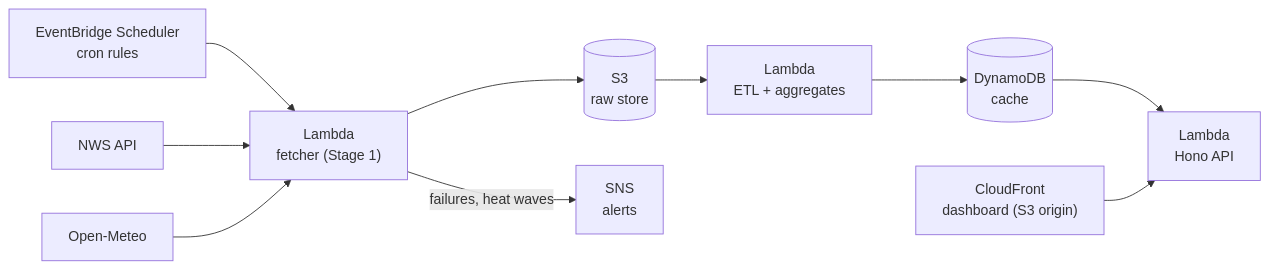
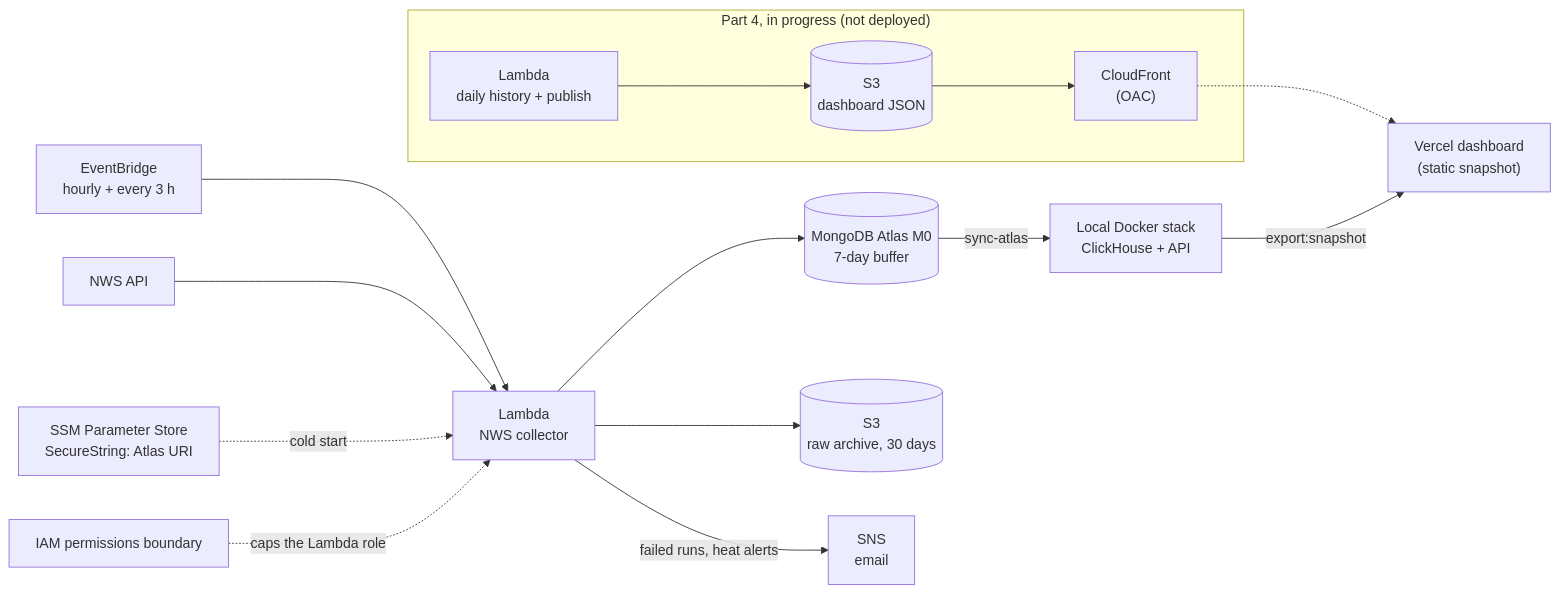
Before and after one commit to dangkhoa241/us-weather-pipeline: the second of 2 diagrams in README.md, drawn with Mermaid. The commit also changed other lines of this file and 3 other files, not shown here.

Commit message:
Docs: README and AWS docs match the deployed stack (Parts 1-3 live, Part 4 in progress)

````diff
--- a/README.md
+++ b/README.md
@@ -97,12 +98,16 @@
 ```mermaid
 flowchart LR
-  EB["EventBridge Scheduler<br/>cron rules"] --> L["Lambda<br/>fetcher (Stage 1)"]
+  EB["EventBridge<br/>hourly + every 3 h"] --> L["Lambda<br/>NWS collector"]
   NWS["NWS API"] --> L
-  OM["Open-Meteo"] --> L
-  L --> S3[("S3<br/>raw store")]
-  S3 --> ETL["Lambda<br/>ETL + aggregates"]
-  ETL --> DDB[("DynamoDB<br/>cache")]
-  DDB --> API["Lambda<br/>Hono API"]
-  L -->|failures, heat waves| SNS["SNS<br/>alerts"]
-  CF["CloudFront<br/>dashboard (S3 origin)"] --> API
+  SSM["SSM Parameter Store<br/>SecureString: Atlas URI"] -.->|cold start| L
+  L --> ATLAS[("MongoDB Atlas M0<br/>7-day buffer")]
+  L --> S3[("S3<br/>raw archive, 30 days")]
+  L -->|failed runs, heat alerts| SNS["SNS<br/>email"]
+  ATLAS -->|sync-atlas| LOCAL["Local Docker stack<br/>ClickHouse + API"]
+  LOCAL -->|export:snapshot| VERCEL["Vercel dashboard<br/>(static snapshot)"]
+  BOUND["IAM permissions boundary"] -.->|caps the Lambda role| L
+  subgraph P4["Part 4, in progress (not deployed)"]
+    D["Lambda<br/>daily history + publish"] --> S3D[("S3<br/>dashboard JSON")] --> CF["CloudFront<br/>(OAC)"]
+  end
+  CF -.-> VERCEL
 ```
````
